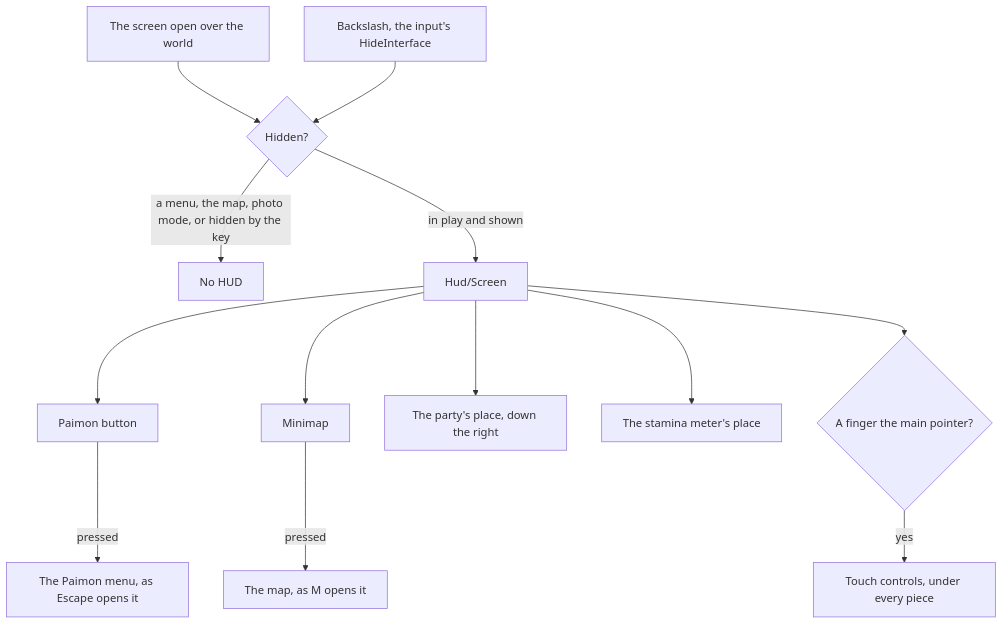
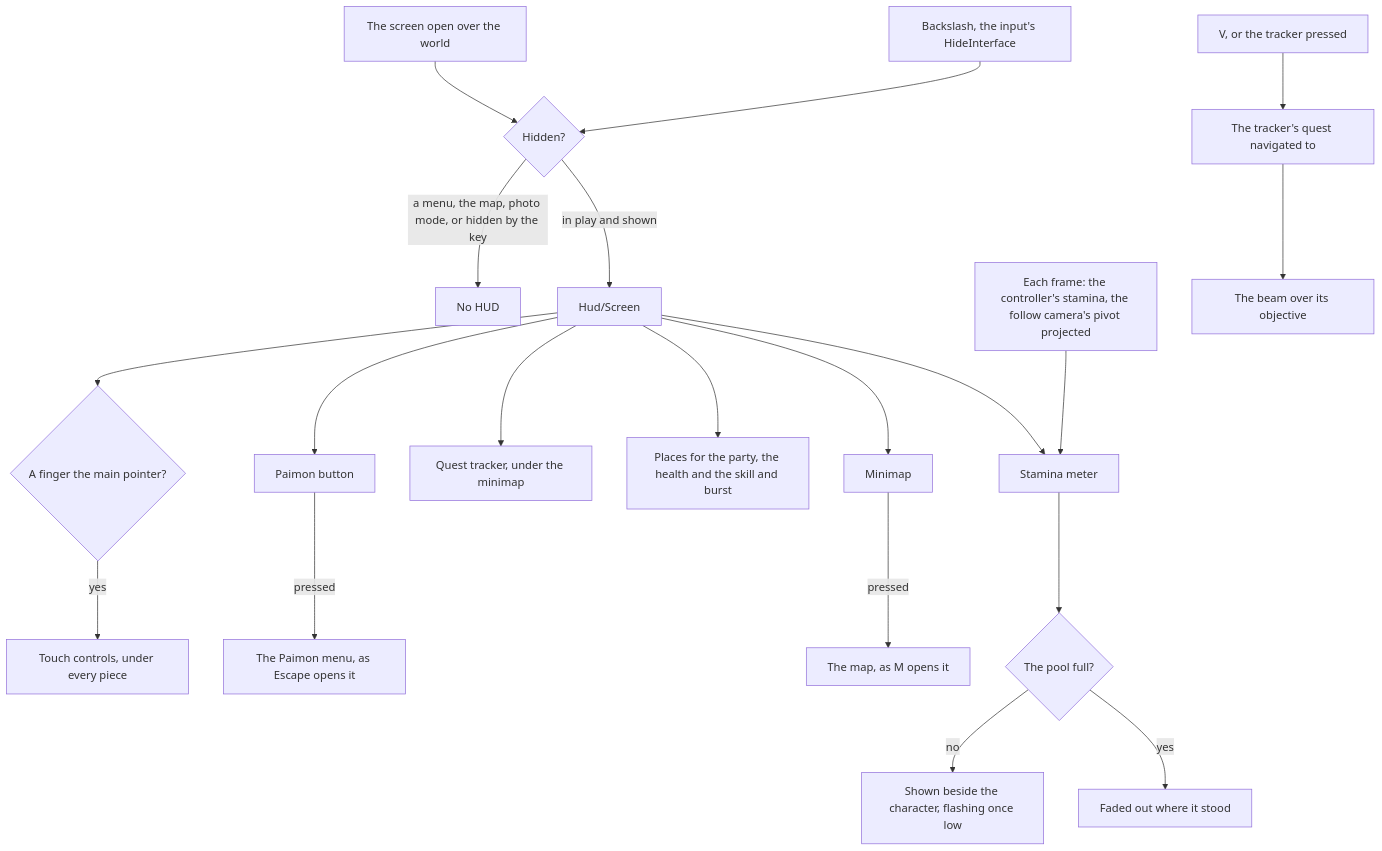
Before and after one commit to Esposter/Esposter: the diagram in apps/web/content/docs/genshin/hud.md, drawn with Mermaid. The commit also changed other lines of this file and 12 other files, not shown here.

First line of the commit message:
feat(genshin-world): the HUD's stamina meter follows the character, its quest tracker shows the quest V navigates to, and the beam rises over its objective

````diff
--- a/apps/web/content/docs/genshin/hud.md
+++ b/apps/web/content/docs/genshin/hud.md
@@ -12,15 +12,22 @@
 ```mermaid
 flowchart TD
   KIND["The screen open over the world"] --> HIDDEN{"Hidden?"}
   KEY["Backslash, the input's HideInterface"] --> HIDDEN
   HIDDEN -->|"a menu, the map, photo mode, or hidden by the key"| NONE["No HUD"]
   HIDDEN -->|"in play and shown"| HUD["Hud/Screen"]
   HUD --> PB["Paimon button"]
   HUD --> MINI["Minimap"]
-  HUD --> PARTY["The party's place, down the right"]
-  HUD --> STAMINA["The stamina meter's place"]
+  HUD --> TRACKER["Quest tracker, under the minimap"]
+  HUD --> SLOTS["Places for the party, the health and the skill and burst"]
+  HUD --> STAMINA["Stamina meter"]
   HUD --> TOUCH{"A finger the main pointer?"}
   TOUCH -->|"yes"| CONTROLS["Touch controls, under every piece"]
   PB -->|"pressed"| MENU["The Paimon menu, as Escape opens it"]
   MINI -->|"pressed"| MAP["The map, as M opens it"]
+  FRAME["Each frame: the controller's stamina, the follow camera's pivot projected"] --> STAMINA
+  STAMINA --> FULL{"The pool full?"}
+  FULL -->|"no"| SHOWN["Shown beside the character, flashing once low"]
+  FULL -->|"yes"| FADE["Faded out where it stood"]
+  V["V, or the tracker pressed"] --> NAVIGATE["The tracker's quest navigated to"]
+  NAVIGATE --> BEAM["The beam over its objective"]
 ```
````
